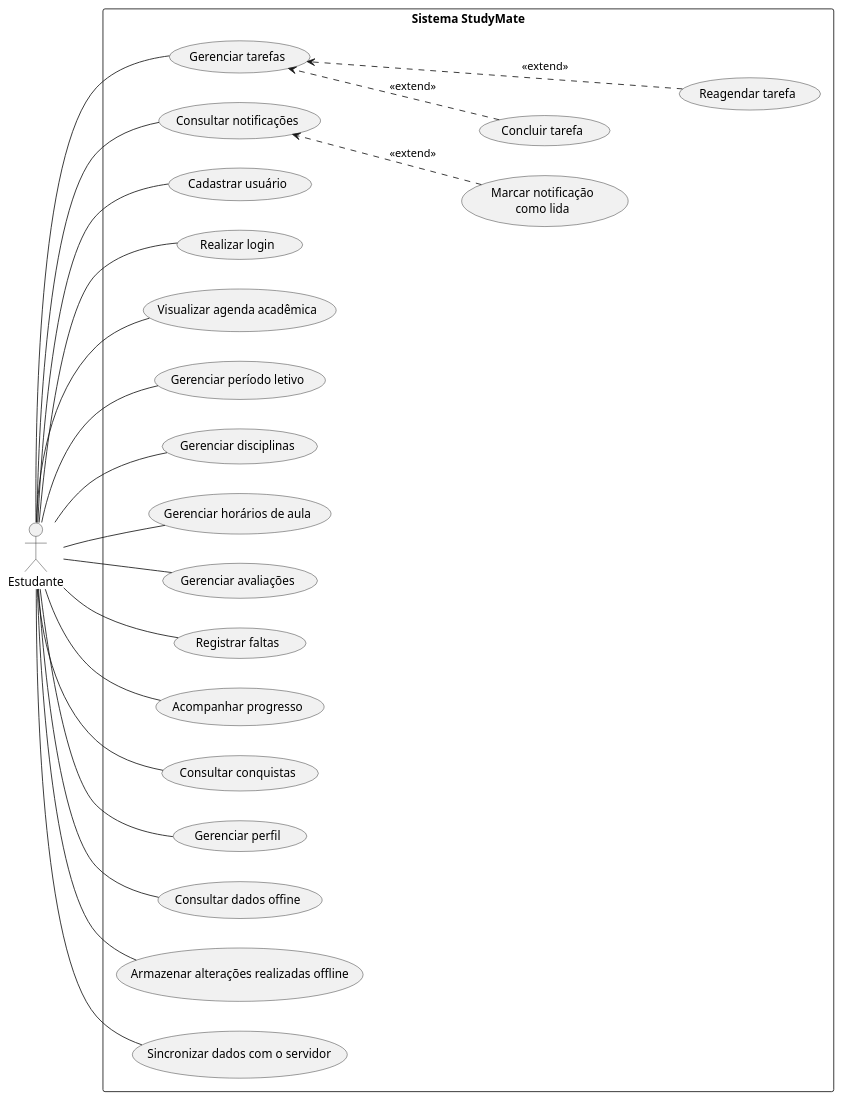
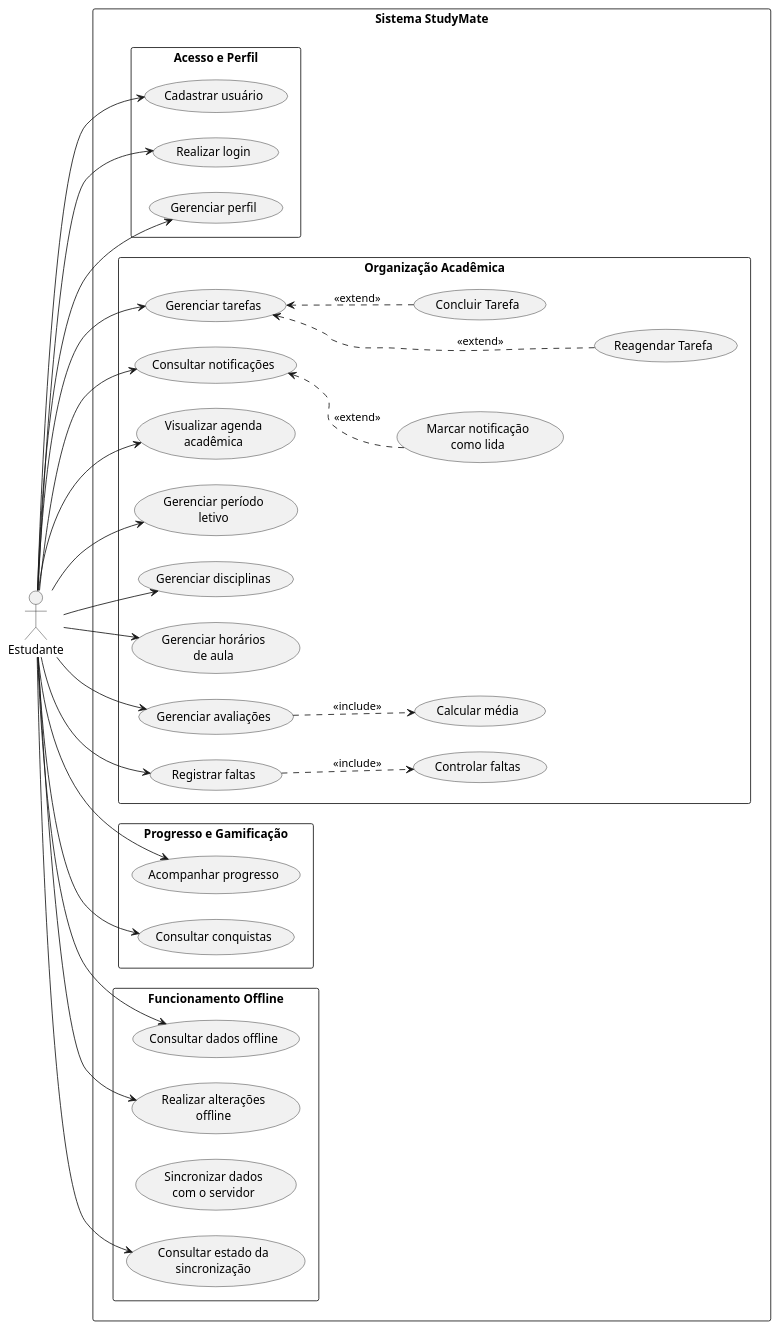
Before and after one commit to StudyMate-TG/studymate-app: the diagram in docs/use_case_diagram.puml, drawn with PlantUML. The commit also changed 3 other files, not shown here.

```diff
--- a/docs/use_case_diagram.puml
+++ b/docs/use_case_diagram.puml
@@ -1,66 +1,79 @@
 @startuml
 
 left to right direction
+
+skinparam linetype spline
+skinparam nodesep 30
+skinparam ranksep 35
+skinparam packageStyle rectangle
 
 actor Estudante
 
 rectangle "Sistema StudyMate" {
 
-    usecase "Cadastrar usuário" as UC01
-    usecase "Realizar login" as UC02
-    usecase "Visualizar agenda acadêmica" as UC03
-    usecase "Gerenciar período letivo" as UC04
-    usecase "Gerenciar disciplinas" as UC05
-    usecase "Gerenciar horários de aula" as UC06
+    rectangle "Acesso e Perfil" {
+        usecase "Cadastrar usuário" as UC01
+        usecase "Realizar login" as UC02
+        usecase "Gerenciar perfil" as UC15
+    }
 
-    usecase "Gerenciar tarefas" as UC07
-    usecase "Concluir tarefa" as UC07A
-    usecase "Reagendar tarefa" as UC07B
+    rectangle "Organização Acadêmica" {
+        usecase "Visualizar agenda\nacadêmica" as UC03
+        usecase "Gerenciar período\nletivo" as UC04
+        usecase "Gerenciar disciplinas" as UC05
+        usecase "Gerenciar horários\nde aula" as UC06
+        
+        usecase "Gerenciar tarefas" as UC07
+        usecase "Concluir Tarefa" as UC07A
+        usecase "Reagendar Tarefa" as UC07B
+        
+        usecase "Gerenciar avaliações" as UC08
+        usecase "Calcular média" as UC09
+        usecase "Registrar faltas" as UC10
+        usecase "Controlar faltas" as UC11
+        usecase "Consultar notificações" as UC12
+        usecase "Marcar notificação\ncomo lida" as UC12A
+    }
 
-    usecase "Gerenciar avaliações" as UC08
+    rectangle "Progresso e Gamificação" {
+        usecase "Acompanhar progresso" as UC13
+        usecase "Consultar conquistas" as UC14
+    }
 
-    usecase "Registrar faltas" as UC10
-
-    usecase "Consultar notificações" as UC12
-    usecase "Marcar notificação\ncomo lida" as UC12A
-
-    usecase "Acompanhar progresso" as UC13
-    usecase "Consultar conquistas" as UC14
-    usecase "Gerenciar perfil" as UC15
-
-    usecase "Consultar dados offine" as UC16
-    usecase "Armazenar alterações realizadas offline" as UC17
-    usecase "Sincronizar dados com o servidor" as UC18
-
-
-    ' Força os extends para a direita
+    rectangle "Funcionamento Offline" {
+        usecase "Consultar dados offline" as UC16
+        usecase "Realizar alterações\noffline" as UC17
+        usecase "Sincronizar dados\ncom o servidor" as UC18
+        usecase "Consultar estado da\nsincronização" as UC19
+    }
+    
     UC07 -[hidden]right-> UC07A
     UC07A -[hidden]down-> UC07B
-
     UC12 -[hidden]right-> UC12A
 }
 
-Estudante -- UC01
-Estudante -- UC02
-Estudante -- UC03
-Estudante -- UC04
-Estudante -- UC05
-Estudante -- UC06
-Estudante -- UC07
-Estudante -- UC08
-Estudante -- UC10
-Estudante -- UC12
-Estudante -- UC13
-Estudante -- UC14
-Estudante -- UC15
-Estudante -- UC16
-Estudante -- UC17
-Estudante -- UC18
-
+Estudante --> UC01
+Estudante --> UC02
+Estudante --> UC03
+Estudante --> UC04
+Estudante --> UC05
+Estudante --> UC06
+Estudante --> UC07
+Estudante --> UC08
+Estudante --> UC10
+Estudante --> UC12
+Estudante --> UC13
+Estudante --> UC14
+Estudante --> UC15
+Estudante --> UC16
+Estudante --> UC17
+Estudante --> UC19
 
 UC07A ..> UC07 : <<extend>>
 UC07B ..> UC07 : <<extend>>
+UC08 ..> UC09 : <<include>>
+UC10 ..> UC11 : <<include>>
 
 UC12A ..> UC12 : <<extend>>
 
 @enduml
```
